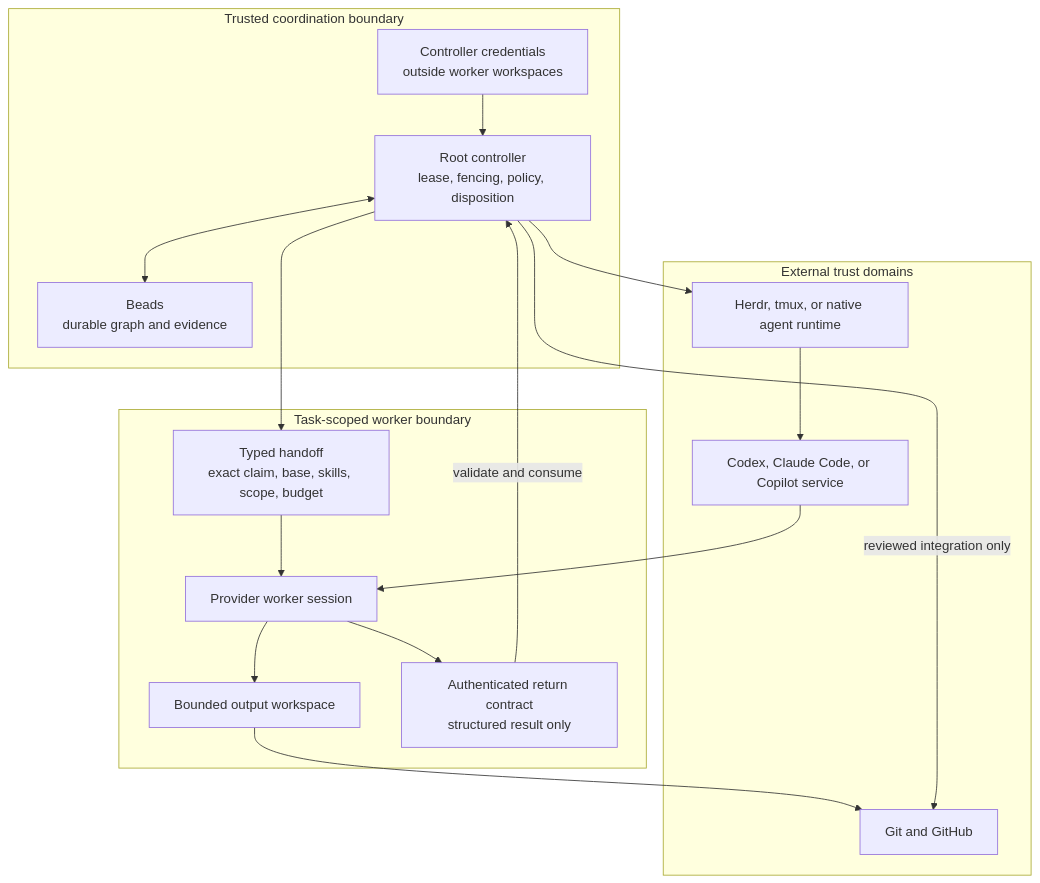
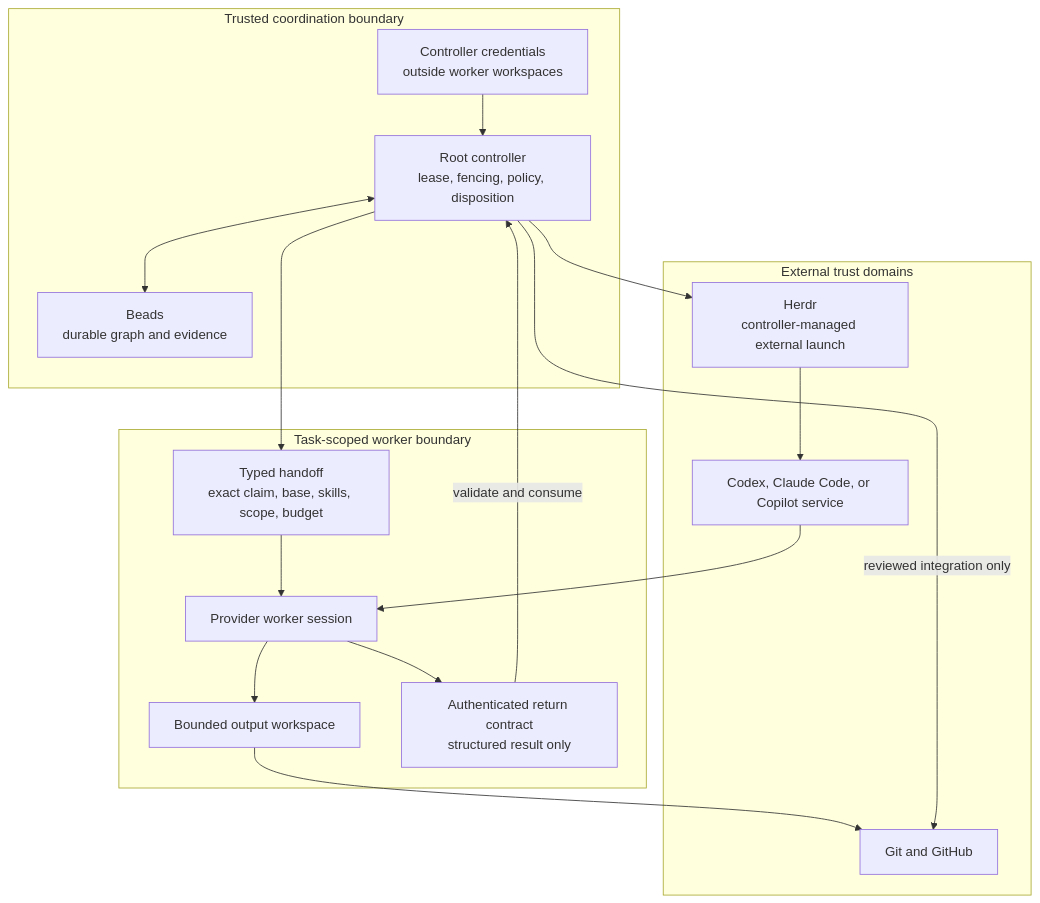
One commit to saintdle/agentflow changed the diagram in docs/SECURITY.md. Above: the diagram before and after it, drawn with Mermaid. The commit also changed other lines of this file and 3 other files, not shown here.

````diff
--- a/docs/SECURITY.md
+++ b/docs/SECURITY.md
@@ -25,34 +25,34 @@
 ```mermaid
 flowchart TB
     subgraph Trusted["Trusted coordination boundary"]
         Controller["Root controller<br/>lease, fencing, policy, disposition"]
         Authority["Controller credentials<br/>outside worker workspaces"]
         Beads["Beads<br/>durable graph and evidence"]
         Authority --> Controller
         Controller <--> Beads
     end
 
     subgraph Scoped["Task-scoped worker boundary"]
         Handoff["Typed handoff<br/>exact claim, base, skills, scope, budget"]
         Worker["Provider worker session"]
         Workspace["Bounded output workspace"]
         Inbox["Authenticated return contract<br/>structured result only"]
         Handoff --> Worker
         Worker --> Workspace
         Worker --> Inbox
     end
 
     subgraph External["External trust domains"]
-        Launcher["Herdr, tmux, or native agent runtime"]
+        Launcher["Herdr<br/>controller-managed external launch"]
         Provider["Codex, Claude Code, or Copilot service"]
         Git["Git and GitHub"]
         Launcher --> Provider
     end
 
     Controller --> Handoff
     Controller --> Launcher
     Provider --> Worker
     Inbox -->|"validate and consume"| Controller
     Workspace --> Git
     Controller -->|"reviewed integration only"| Git
 ```
````
